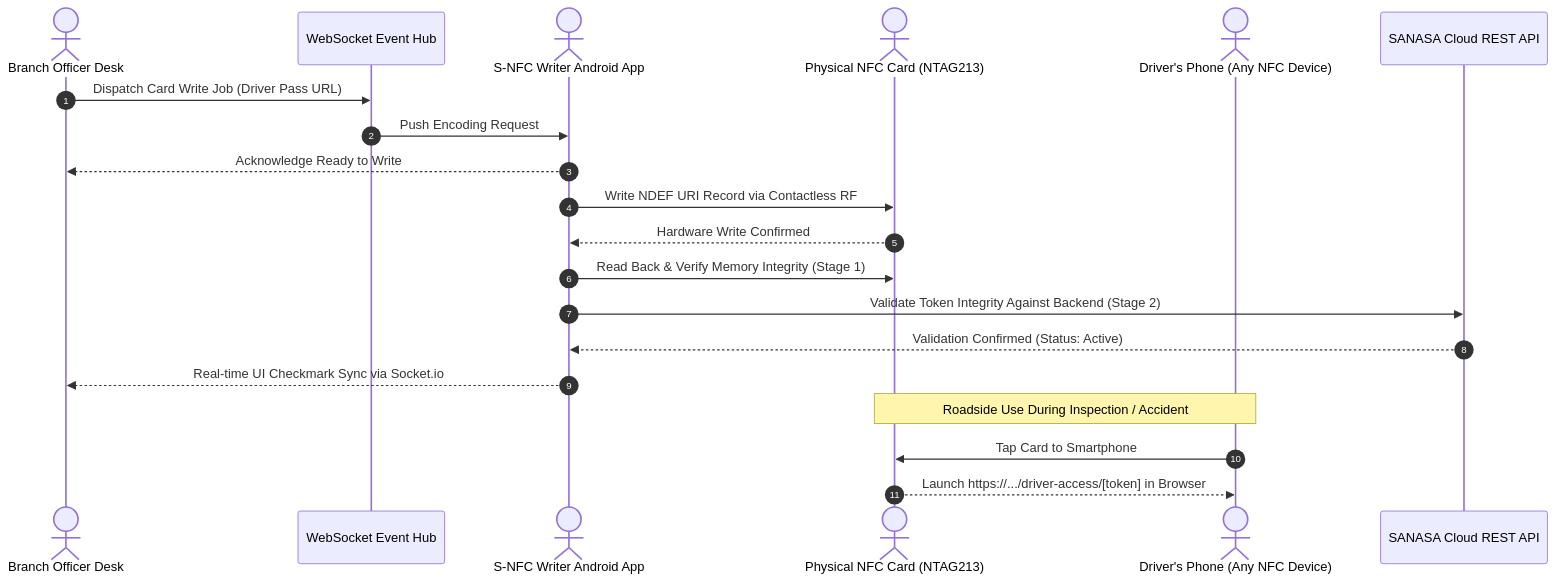
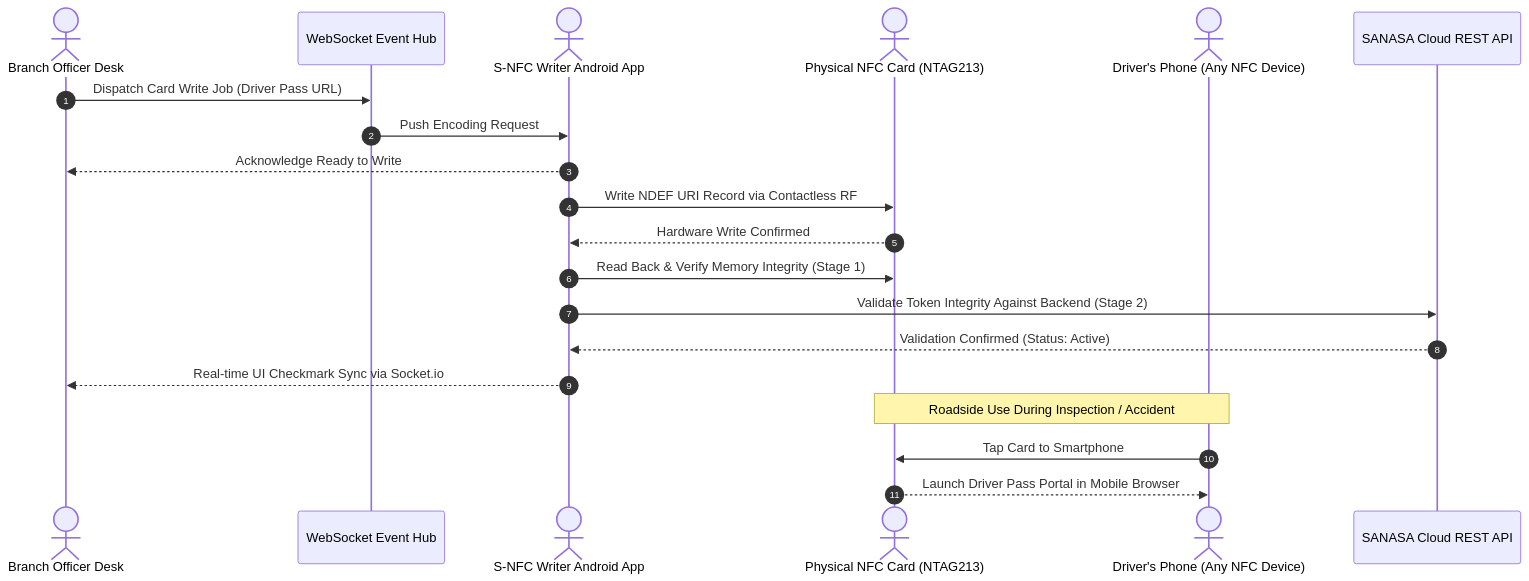
The second of 3 diagrams in README.md (gayathra45/Sanasa-Insurance-Vehicle-Damage-Claiming-System), drawn with Mermaid before and after one commit. The commit also changed other lines of this file, not shown here.

Commit message:
docs: update architecture diagram labels in README

````diff
--- a/README.md
+++ b/README.md
@@ -205,24 +205,24 @@
 ```mermaid
 sequenceDiagram
     autonumber
     actor Staff as Branch Officer Desk
     participant Socket as WebSocket Event Hub
     actor NFCApp as S-NFC Writer Android App
     actor Card as Physical NFC Card (NTAG213)
     actor Driver as Driver's Phone (Any NFC Device)
     participant API as SANASA Cloud REST API
 
     Staff->>Socket: Dispatch Card Write Job (Driver Pass URL)
     Socket->>NFCApp: Push Encoding Request
     NFCApp-->>Staff: Acknowledge Ready to Write
     NFCApp->>Card: Write NDEF URI Record via Contactless RF
     Card-->>NFCApp: Hardware Write Confirmed
     NFCApp->>Card: Read Back & Verify Memory Integrity (Stage 1)
     NFCApp->>API: Validate Token Integrity Against Backend (Stage 2)
     API-->>NFCApp: Validation Confirmed (Status: Active)
     NFCApp-->>Staff: Real-time UI Checkmark Sync via Socket.io
     
     Note over Card, Driver: Roadside Use During Inspection / Accident
     Driver->>Card: Tap Card to Smartphone
-    Card-->>Driver: Launch https://.../driver-access/[token] in Browser
+    Card-->>Driver: Launch Driver Pass Portal in Mobile Browser
 ```
````
